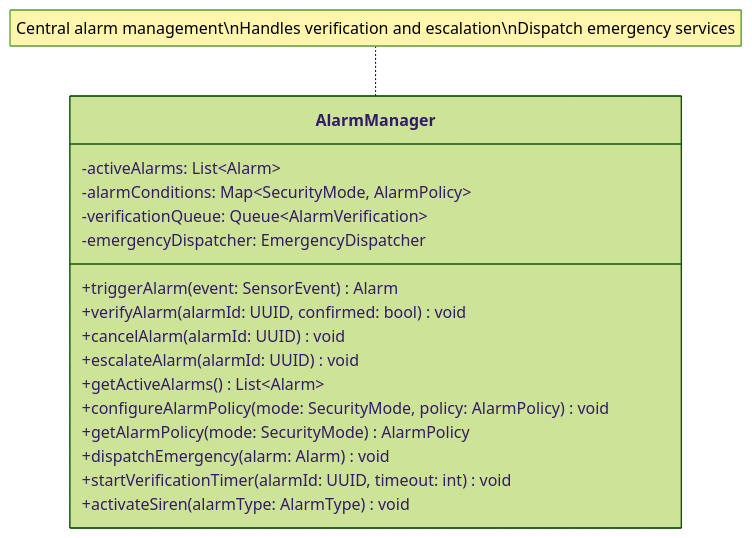
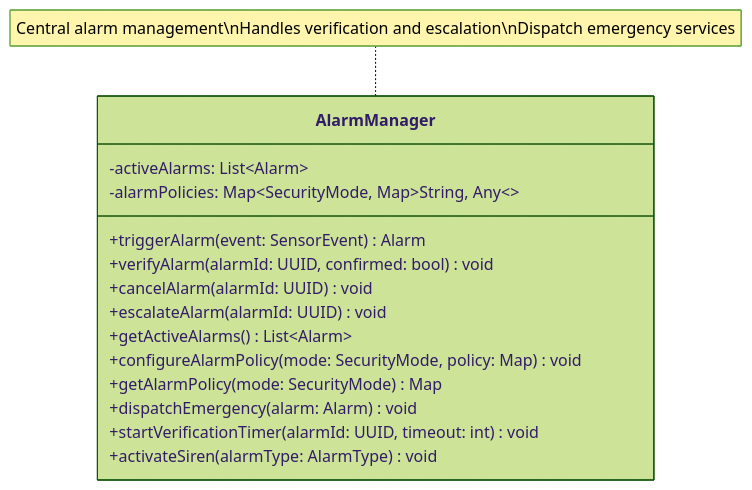
Before and after one commit to mj010101/swe_25f: the third of 13 diagrams in diagrams/business_class_diagram.md, drawn with Mermaid (forest theme). The commit also changed other lines of this file and 4 other files, not shown here.

````diff
--- a/diagrams/business_class_diagram.md
+++ b/diagrams/business_class_diagram.md
@@ -173,23 +120,21 @@
 ```mermaid
 classDiagram
     direction TB
 
     class AlarmManager {
         -activeAlarms: List~Alarm~
-        -alarmConditions: Map~SecurityMode, AlarmPolicy~
-        -verificationQueue: Queue~AlarmVerification~
-        -emergencyDispatcher: EmergencyDispatcher
+        -alarmPolicies: Map~SecurityMode, Map~String, Any~~
         +triggerAlarm(event: SensorEvent) Alarm
         +verifyAlarm(alarmId: UUID, confirmed: bool) void
         +cancelAlarm(alarmId: UUID) void
         +escalateAlarm(alarmId: UUID) void
         +getActiveAlarms() List~Alarm~
-        +configureAlarmPolicy(mode: SecurityMode, policy: AlarmPolicy) void
-        +getAlarmPolicy(mode: SecurityMode) AlarmPolicy
+        +configureAlarmPolicy(mode: SecurityMode, policy: Map) void
+        +getAlarmPolicy(mode: SecurityMode) Map
         +dispatchEmergency(alarm: Alarm) void
         +startVerificationTimer(alarmId: UUID, timeout: int) void
         +activateSiren(alarmType: AlarmType) void
     }
 
     note for AlarmManager "Central alarm management\nHandles verification and escalation\nDispatch emergency services"
 ```
````
